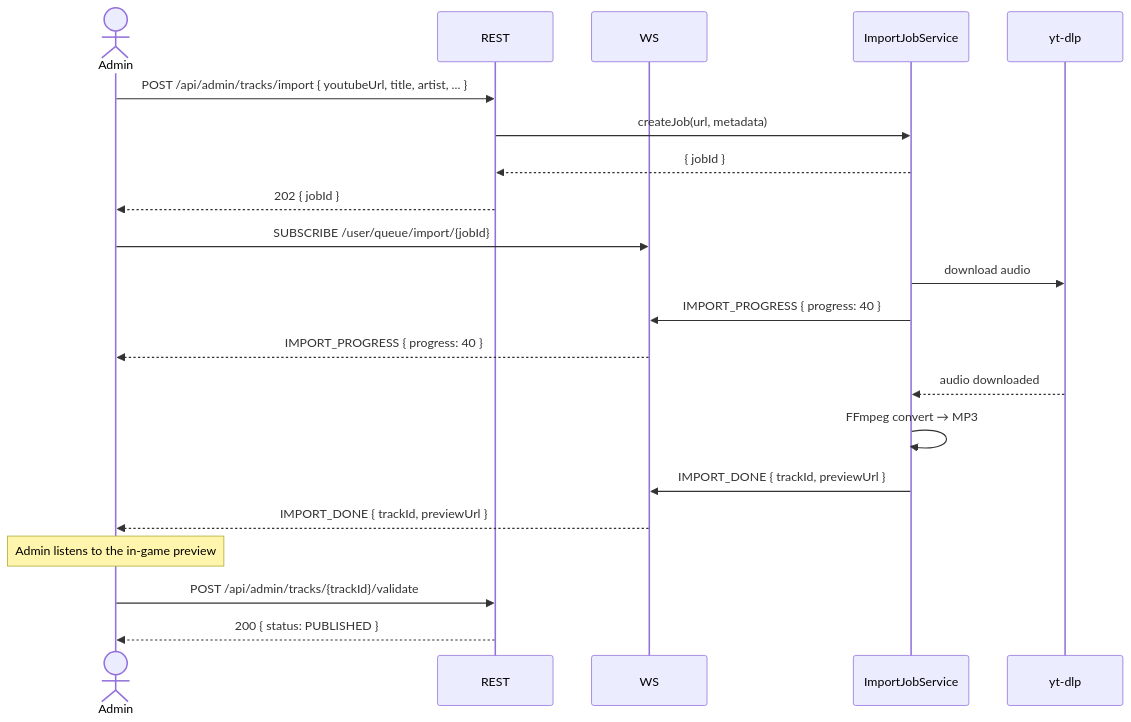
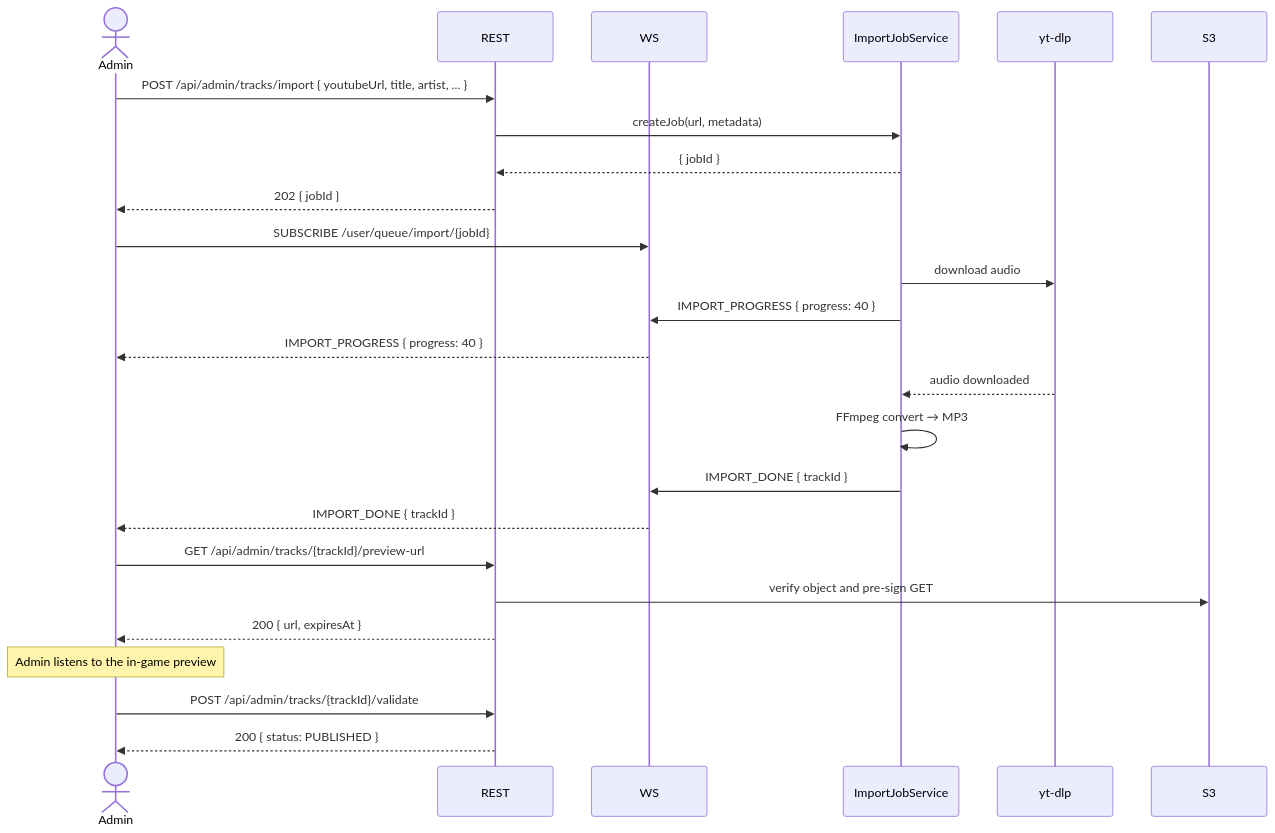
The eighth of 9 diagrams in docs/architecture.md (CyprienJ/blindTest), drawn with Mermaid before and after one commit. The commit also changed other lines of this file and 15 other files, not shown here.

````diff
--- a/docs/architecture.md
+++ b/docs/architecture.md
@@ -699,28 +704,32 @@
 ```mermaid
 sequenceDiagram
     actor Admin
     participant REST
     participant WS
     participant Job as ImportJobService
     participant YtDlp as yt-dlp
 
     Admin->>REST: POST /api/admin/tracks/import { youtubeUrl, title, artist, ... }
     REST->>Job: createJob(url, metadata)
     Job-->>REST: { jobId }
     REST-->>Admin: 202 { jobId }
 
     Admin->>WS: SUBSCRIBE /user/queue/import/{jobId}
 
     Job->>YtDlp: download audio
     Job->>WS: IMPORT_PROGRESS { progress: 40 }
     WS-->>Admin: IMPORT_PROGRESS { progress: 40 }
 
     YtDlp-->>Job: audio downloaded
     Job->>Job: FFmpeg convert → MP3
-    Job->>WS: IMPORT_DONE { trackId, previewUrl }
-    WS-->>Admin: IMPORT_DONE { trackId, previewUrl }
+    Job->>WS: IMPORT_DONE { trackId }
+    WS-->>Admin: IMPORT_DONE { trackId }
+
+    Admin->>REST: GET /api/admin/tracks/{trackId}/preview-url
+    REST->>S3: verify object and pre-sign GET
+    REST-->>Admin: 200 { url, expiresAt }
 
     Note over Admin: Admin listens to the in-game preview
     Admin->>REST: POST /api/admin/tracks/{trackId}/validate
     REST-->>Admin: 200 { status: PUBLISHED }
 ```
````
